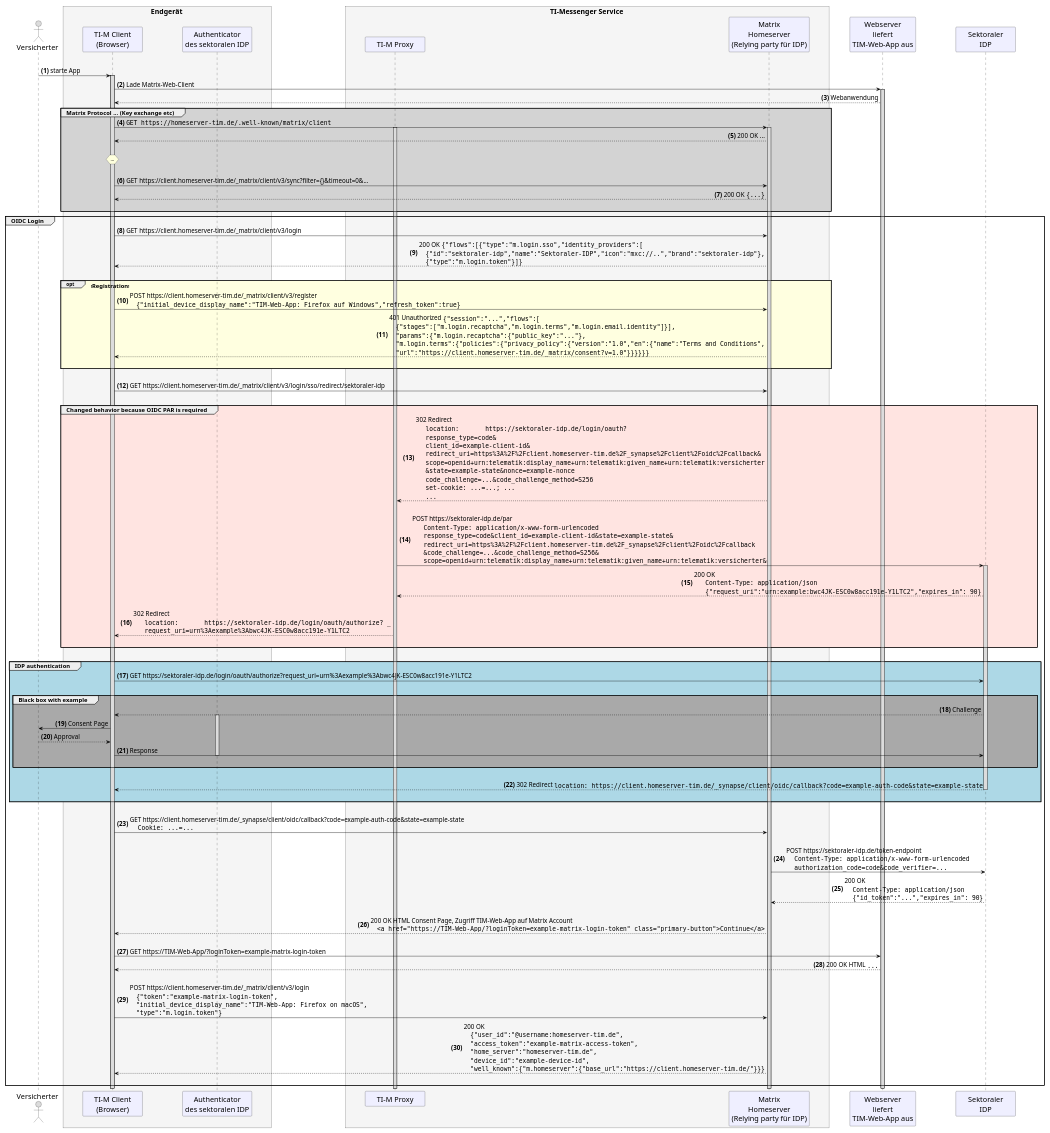
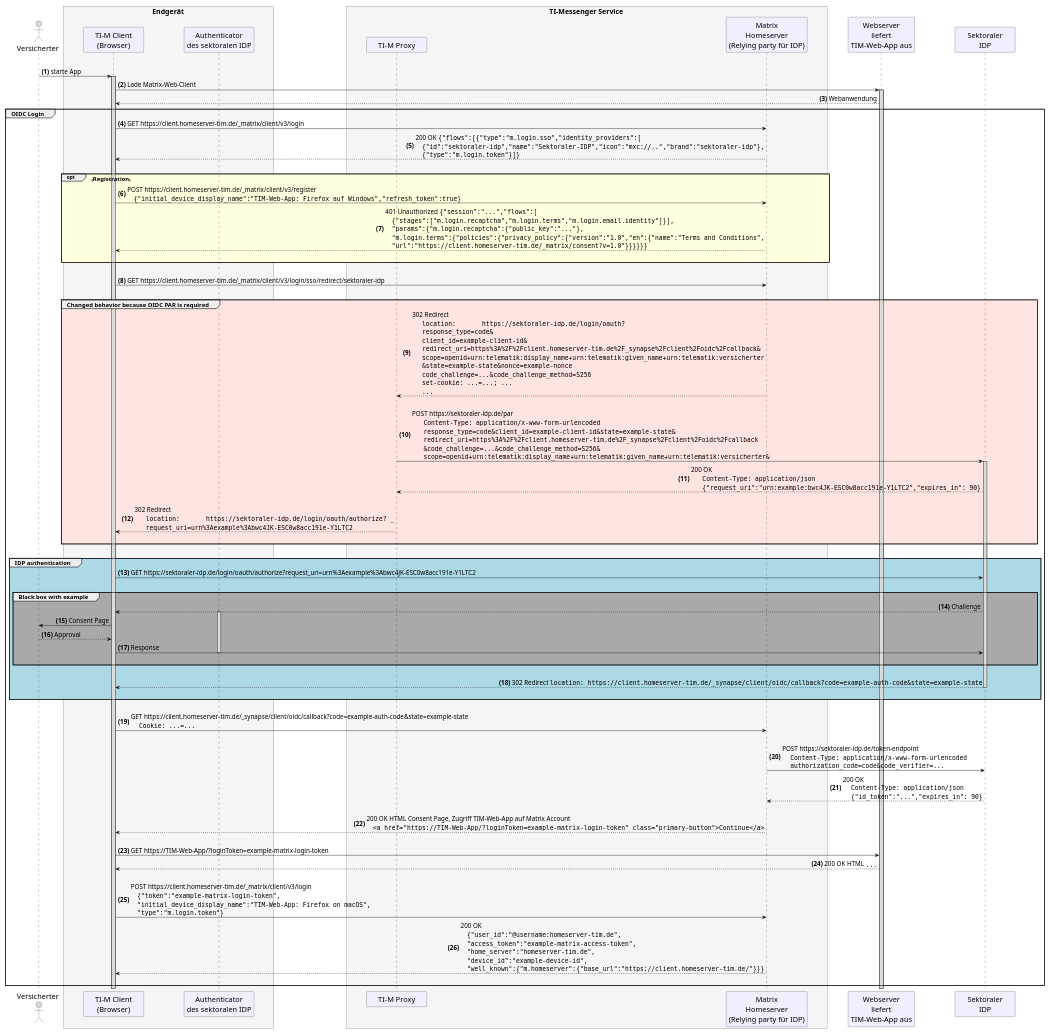
One commit to gematik/api-ti-messenger changed the diagram in src/plantuml/TI-Messenger-Dienst/Ressourcen/TI-Messenger_OIDC_login.puml. Above: the diagram before and after it, drawn with PlantUML.

```diff
--- a/src/plantuml/TI-Messenger-Dienst/Ressourcen/TI-Messenger_OIDC_login.puml
+++ b/src/plantuml/TI-Messenger-Dienst/Ressourcen/TI-Messenger_OIDC_login.puml
@@ -1,157 +1,145 @@
 @startuml "TI-Messenger_OIDC_Login"
 skinparam sequenceMessageAlign direction
 skinparam WrapWidth 300
 skinparam minClassWidth 150
 skinparam BoxPadding 1
 skinparam ParticipantPadding 50
 skinparam sequenceReferenceHeaderBackgroundColor palegreen
 scale max 2048 width
 
 skinparam sequence {
 ArrowColor black
 ArrowFontSize 17
 ActorBorderColor black
 LifeLineBorderColor black
 LifeLineBackgroundColor Gainsboro
 
 ParticipantBorderColor Motivation
 ParticipantBackgroundColor Motivation
 ParticipantFontSize 20
 ParticipantFontColor black
 ParticipantBorderColor Black
 ParticipantBackgroundColor MOTIVATION
 
 ActorBackgroundColor Gainsboro
 ActorFontColor black
 ActorFontSize 20
 }
 
 autonumber "<b>(0)"
 
 actor us as "Versicherter"
 box <size:19>Endgerät</size> #WhiteSmoke
   participant app as "TI-M Client\n(Browser)"
   participant au as "Authenticator\ndes sektoralen IDP"
 end box
 box <size:19>TI-Messenger Service</size> #WhiteSmoke
   participant pr as "TI-M Proxy"
   participant hs as "Matrix\nHomeserver\n(Relying party für IDP)"
 end box
 participant mc as "Webserver\nliefert\nTIM-Web-App aus"
 participant idp as "Sektoraler\nIDP"
 
 |||
 
 us -> app: starte App
 
 activate app
   app -> mc: Lade Matrix-Web-Client
   activate mc
   mc --> app: Webanwendung
-  group #LightGray <size:16>Matrix Protocol ... (Key exchange etc)</size>
-    app -> hs:""GET https://homeserver-tim.de/.well-known/matrix/client""
-    activate hs
-    activate pr
-    hs --> app: 200 OK ...
-    |||
-    hnote over app : ...
-    |||
-    app -> hs: GET https://client.homeserver-tim.de/_matrix/client/v3/sync?filter={}&timeout=0&...
-    hs --> app: 200 OK ""{...}""
-    |||
-  end 'group
   group <size:16>OIDC Login</size>
     app -> hs: GET https://client.homeserver-tim.de/_matrix/client/v3/login
     hs --> app: 200 OK ""{"flows":[{"type":"m.login.sso","identity_providers":[""\n\
     ""{"id":"sektoraler-idp","name":"Sektoraler-IDP","icon":"mxc://..","brand":"sektoraler-idp"},""\n\
     ""{"type":"m.login.token"}]}""
     |||
     opt #LightYellow <size:16>Registration</size>
     app -> hs: POST https://client.homeserver-tim.de/_matrix/client/v3/register\n\
     ""{"initial_device_display_name":"TIM-Web-App: Firefox auf Windows","refresh_token":true}""
     hs --> app: 401 Unauthorized ""{"session":"...","flows":[""\n\
     ""{"stages":["m.login.recaptcha","m.login.terms","m.login.email.identity"]}],""\n\
     """params":{"m.login.recaptcha":{"public_key":"..."},""\n\
     """m.login.terms":{"policies":{"privacy_policy":{"version":"1.0","en":{"name":"Terms and Conditions",""\n\
     """url":"https://client.homeserver-tim.de/_matrix/consent?v=1.0"}}}}}}""
     |||
     end 'opt
     |||
     app -> hs: GET https://client.homeserver-tim.de/_matrix/client/v3/login/sso/redirect/sektoraler-idp
     |||
     group #MistyRose <size:16>Changed behavior because OIDC PAR is required</size>
       hs --> pr: 302 Redirect\n\
       ""location:	https://sektoraler-idp.de/login/oauth?""\n\
       ""response_type=code&""\n\
       ""client_id=example-client-id&""\n\
       ""redirect_uri=https%3A%2F%2Fclient.homeserver-tim.de%2F_synapse%2Fclient%2Foidc%2Fcallback&""\n\
       ""scope=openid+urn:telematik:display_name+urn:telematik:given_name+urn:telematik:versicherter""\n\
       ""&state=example-state&nonce=example-nonce""\n\
       ""code_challenge=...&code_challenge_method=S256""\n\
       ""set-cookie: ...=...; ...""\n\
       ""...""
       |||
       pr -> idp: POST https://sektoraler-idp.de/par\n\
        ""Content-Type: application/x-www-form-urlencoded""\n\
        ""response_type=code&client_id=example-client-id&state=example-state&""\n\
        ""redirect_uri=https%3A%2F%2Fclient.homeserver-tim.de%2F_synapse%2Fclient%2Foidc%2Fcallback""\n\
        ""&code_challenge=...&code_challenge_method=S256&""\n\
        ""scope=openid+urn:telematik:display_name+urn:telematik:given_name+urn:telematik:versicherter&""
       activate idp
       idp --> pr: 200 OK\n\
        ""Content-Type: application/json""\n\
        ""{"request_uri":"urn:example:bwc4JK-ESC0w8acc191e-Y1LTC2","expires_in": 90}""
       |||
       pr --> app: 302 Redirect\n\
        ""location:	https://sektoraler-idp.de/login/oauth/authorize? _""\n\
        ""request_uri=urn%3Aexample%3Abwc4JK-ESC0w8acc191e-Y1LTC2""
       |||
     end 'group
     |||
     group #LightBlue <size:16>IDP authentication</size>
       app -> idp: GET	https://sektoraler-idp.de/login/oauth/authorize?request_uri=urn%3Aexample%3Abwc4JK-ESC0w8acc191e-Y1LTC2
       |||
       group #DarkGray <size:16>Black box with example</size>
         idp --> app: Challenge
         activate au
         app -> us: Consent Page
         us --> app: Approval
         app -> idp: Response
       deactivate au
       |||
       end 'group
       |||
       idp --> app: 302 Redirect ""location: https://client.homeserver-tim.de/_synapse/client/oidc/callback?code=example-auth-code&state=example-state""
       deactivate idp
       |||
     end 'group
     |||
     app -> hs: GET https://client.homeserver-tim.de/_synapse/client/oidc/callback?code=example-auth-code&state=example-state\n\
      ""Cookie: ...=...""
     |||
     hs -> idp: POST https://sektoraler-idp.de/token-endpoint\n\
      ""Content-Type: application/x-www-form-urlencoded""\n\
      ""authorization_code=code&code_verifier=...""
     idp --> hs: 200 OK\n\
      ""Content-Type: application/json""\n\
      ""{"id_token":"...","expires_in": 90}""
     |||
     hs --> app: 200 OK HTML Consent Page, Zugriff TIM-Web-App auf Matrix Account\n\
     ""<a href="https://TIM-Web-App/?loginToken=example-matrix-login-token" class="primary-button">Continue</a>""
     |||
     app -> mc: GET https://TIM-Web-App/?loginToken=example-matrix-login-token
     mc --> app: 200 OK HTML ""...""
     |||
     app -> hs: POST https://client.homeserver-tim.de/_matrix/client/v3/login\n\
     ""{"token":"example-matrix-login-token",""\n\
     """initial_device_display_name":"TIM-Web-App: Firefox on macOS",""\n\
     """type":"m.login.token"}""
     hs --> app: 200 OK\n\
     ""{"user_id":"@username:homeserver-tim.de",""\n\
     """access_token":"example-matrix-access-token",""\n\
     """home_server":"homeserver-tim.de",""\n\
     """device_id":"example-device-id",""\n\
     """well_known":{"m.homeserver":{"base_url":"https://client.homeserver-tim.de/"}}}""
     |||
   end 'group
 @enduml
```
